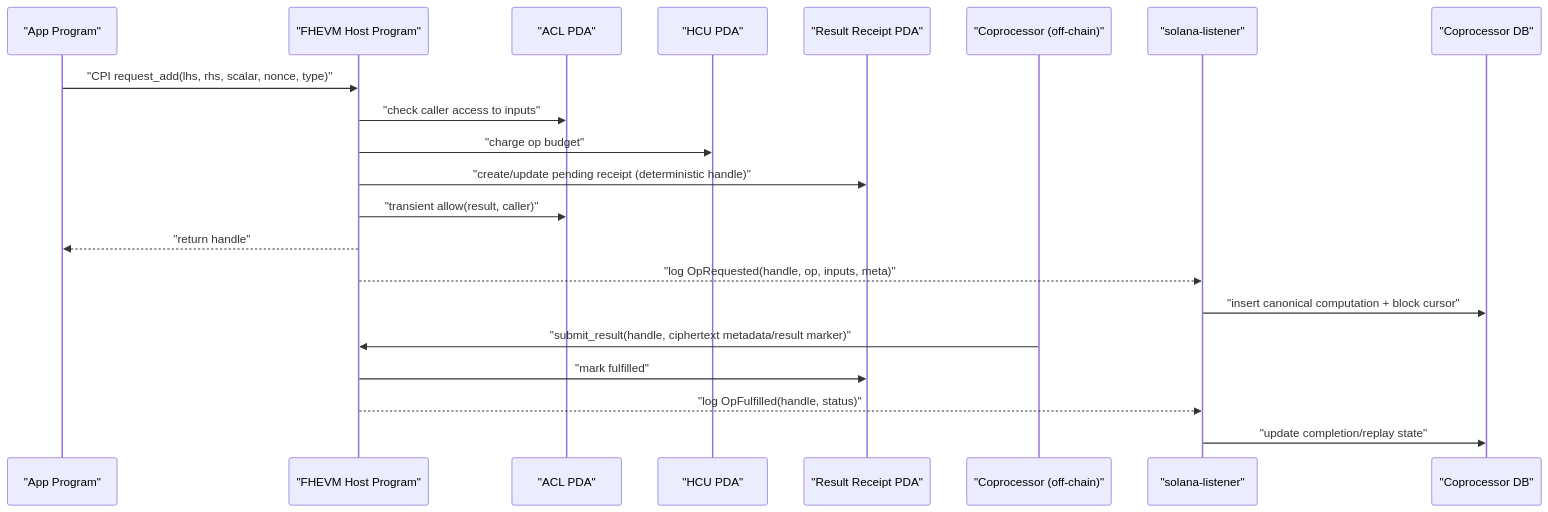
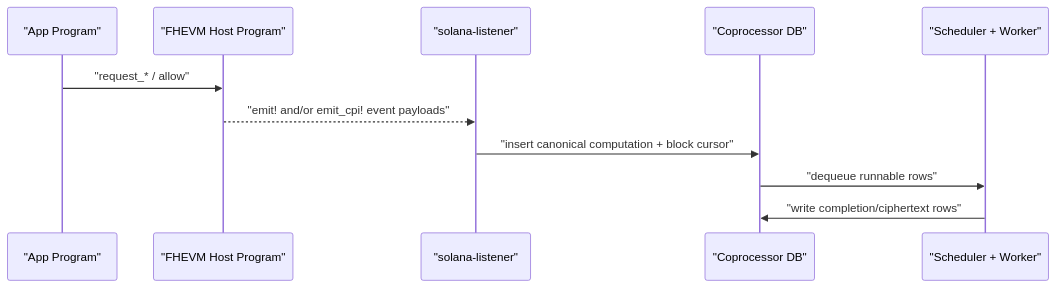
The second of 2 diagrams in docs/protocol/explorations/solana-host-listener/SOLANA_ARCHITECTURE.md (zama-ai/fhevm), drawn with Mermaid before and after one commit. The commit also changed other lines of this file and 5 other files, not shown here.

Commit message:
docs(solana): refresh plan, architecture, and issue-aligned status

````diff
--- a/docs/protocol/explorations/solana-host-listener/SOLANA_ARCHITECTURE.md
+++ b/docs/protocol/explorations/solana-host-listener/SOLANA_ARCHITECTURE.md
@@ -129,25 +130,15 @@
 ```mermaid
 sequenceDiagram
   participant App as "App Program"
   participant Host as "FHEVM Host Program"
-  participant ACL as "ACL PDA"
-  participant HCU as "HCU PDA"
-  participant Rec as "Result Receipt PDA"
-  participant Cop as "Coprocessor (off-chain)"
   participant Lis as "solana-listener"
   participant DB as "Coprocessor DB"
+  participant Wkr as "Scheduler + Worker"
 
-  App->>Host: "CPI request_add(lhs, rhs, scalar, nonce, type)"
-  Host->>ACL: "check caller access to inputs"
-  Host->>HCU: "charge op budget"
-  Host->>Rec: "create/update pending receipt (deterministic handle)"
-  Host->>ACL: "transient allow(result, caller)"
-  Host-->>App: "return handle"
-  Host-->>Lis: "log OpRequested(handle, op, inputs, meta)"
+  App->>Host: "request_* / allow"
+  Host-->>Lis: "emit! and/or emit_cpi! event payloads"
 
   Lis->>DB: "insert canonical computation + block cursor"
-  Cop->>Host: "submit_result(handle, ciphertext metadata/result marker)"
-  Host->>Rec: "mark fulfilled"
-  Host-->>Lis: "log OpFulfilled(handle, status)"
-  Lis->>DB: "update completion/replay state"
+  DB->>Wkr: "dequeue runnable rows"
+  Wkr->>DB: "write completion/ciphertext rows"
 ```
````
